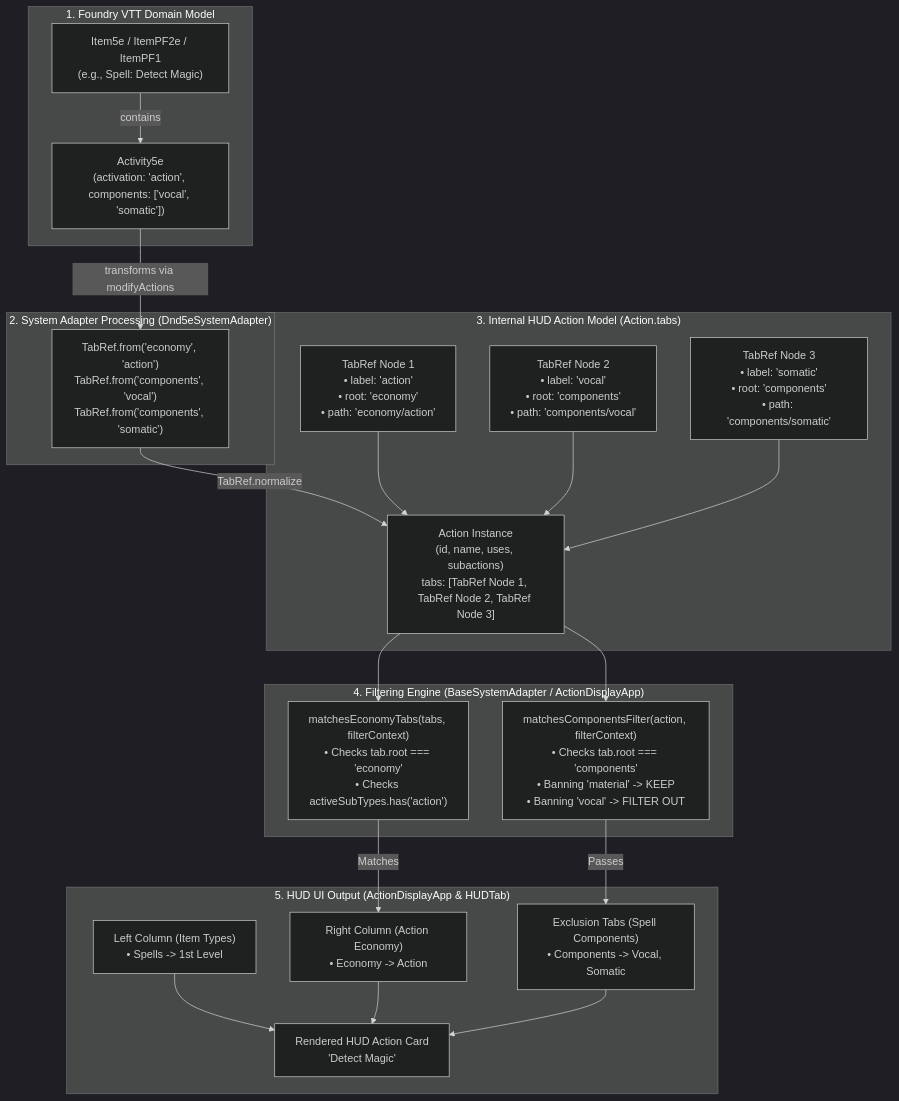
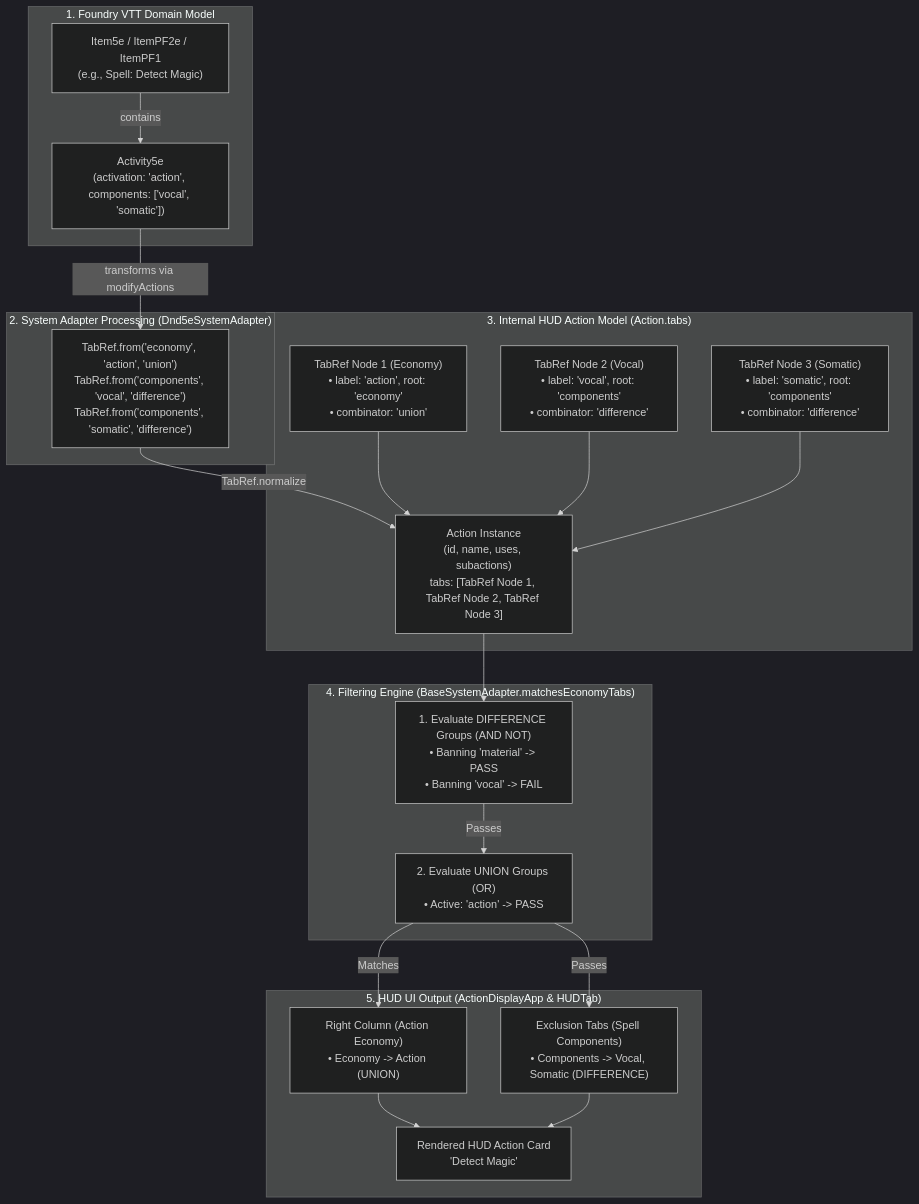
One commit to aljames-arctic/bakana-action-display changed the third of 3 diagrams in docs/architecture_guide.md. Above: the diagram before and after it, drawn with Mermaid (dark theme). The commit also changed other lines of this file and 1 other file, not shown here.

Commit message:
docs: document set-algebraic tab combinators and recursive filter tree evaluation

````diff
--- a/docs/architecture_guide.md
+++ b/docs/architecture_guide.md
@@ -294,44 +298,42 @@
 ```mermaid
 flowchart TD
     subgraph Foundry ["1. Foundry VTT Domain Model"]
         FoundryItem["Item5e / ItemPF2e / ItemPF1\n(e.g., Spell: Detect Magic)"]
         FoundryActivity["Activity5e\n(activation: 'action', components: ['vocal', 'somatic'])"]
         FoundryItem -->|contains| FoundryActivity
     end
 
     subgraph SystemAdapter ["2. System Adapter Processing (Dnd5eSystemAdapter)"]
-        TabRefGen["TabRef.from('economy', 'action')\nTabRef.from('components', 'vocal')\nTabRef.from('components', 'somatic')"]
+        TabRefGen["TabRef.from('economy', 'action', 'union')\nTabRef.from('components', 'vocal', 'difference')\nTabRef.from('components', 'somatic', 'difference')"]
         FoundryActivity -->|transforms via modifyActions| TabRefGen
     end
 
     subgraph InternalModel ["3. Internal HUD Action Model (Action.tabs)"]
-        TabRefNode1["TabRef Node 1\n• label: 'action'\n• root: 'economy'\n• path: 'economy/action'"]
-        TabRefNode2["TabRef Node 2\n• label: 'vocal'\n• root: 'components'\n• path: 'components/vocal'"]
-        TabRefNode3["TabRef Node 3\n• label: 'somatic'\n• root: 'components'\n• path: 'components/somatic'"]
+        TabRefNode1["TabRef Node 1 (Economy)\n• label: 'action', root: 'economy'\n• combinator: 'union'"]
+        TabRefNode2["TabRef Node 2 (Vocal)\n• label: 'vocal', root: 'components'\n• combinator: 'difference'"]
+        TabRefNode3["TabRef Node 3 (Somatic)\n• label: 'somatic', root: 'components'\n• combinator: 'difference'"]
         
         TabRefGen -->|TabRef.normalize| ActionObj["Action Instance\n(id, name, uses, subactions)\ntabs: [TabRef Node 1, TabRef Node 2, TabRef Node 3]"]
         TabRefNode1 --> ActionObj
         TabRefNode2 --> ActionObj
         TabRefNode3 --> ActionObj
     end
 
-    subgraph FilteringEngine ["4. Filtering Engine (BaseSystemAdapter / ActionDisplayApp)"]
-        EconomyCheck["matchesEconomyTabs(tabs, filterContext)\n• Checks tab.root === 'economy'\n• Checks activeSubTypes.has('action')"]
-        ComponentCheck["matchesComponentsFilter(action, filterContext)\n• Checks tab.root === 'components'\n• Banning 'material' -> KEEP\n• Banning 'vocal' -> FILTER OUT"]
-        ActionObj --> EconomyCheck
-        ActionObj --> ComponentCheck
+    subgraph FilteringEngine ["4. Filtering Engine (BaseSystemAdapter.matchesEconomyTabs)"]
+        DiffCheck["1. Evaluate DIFFERENCE Groups (AND NOT)\n• Banning 'material' -> PASS\n• Banning 'vocal' -> FAIL"]
+        UnionCheck["2. Evaluate UNION Groups (OR)\n• Active: 'action' -> PASS"]
+        ActionObj --> DiffCheck
+        DiffCheck -->|Passes| UnionCheck
     end
 
     subgraph HUDRender ["5. HUD UI Output (ActionDisplayApp & HUDTab)"]
-        LeftColumn["Left Column (Item Types)\n• Spells -> 1st Level"]
-        RightColumn["Right Column (Action Economy)\n• Economy -> Action"]
-        ExclusionColumn["Exclusion Tabs (Spell Components)\n• Components -> Vocal, Somatic"]
+        RightColumn["Right Column (Action Economy)\n• Economy -> Action (UNION)"]
+        ExclusionColumn["Exclusion Tabs (Spell Components)\n• Components -> Vocal, Somatic (DIFFERENCE)"]
         ActionCard["Rendered HUD Action Card\n'Detect Magic'"]
         
-        EconomyCheck -->|Matches| RightColumn
-        ComponentCheck -->|Passes| ExclusionColumn
-        LeftColumn --> ActionCard
+        UnionCheck -->|Matches| RightColumn
+        UnionCheck -->|Passes| ExclusionColumn
         RightColumn --> ActionCard
         ExclusionColumn --> ActionCard
     end
 ```
````
